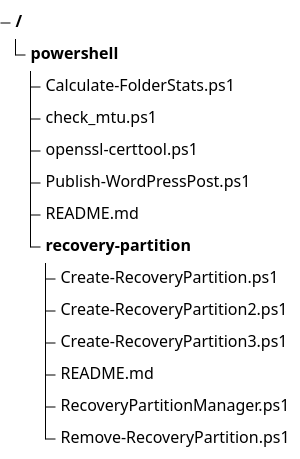
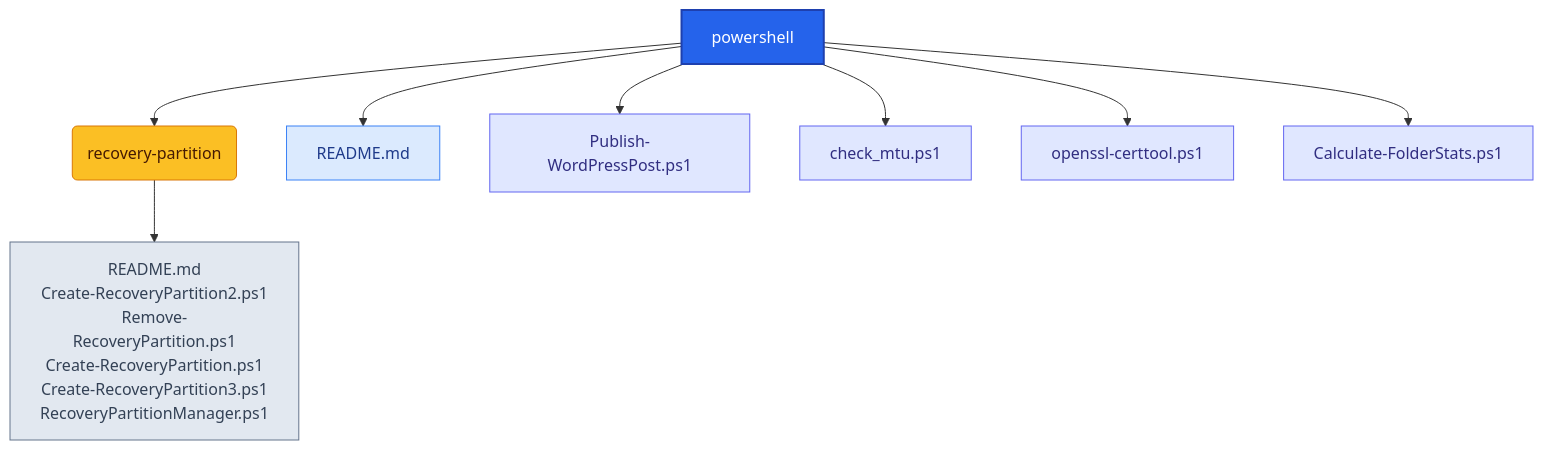
Before and after one commit to Richie086/scripts-public: the diagram in powershell/README.md, drawn with Mermaid. The commit also changed other lines of this file and 27 other files, not shown here.

First line of the commit message:
Integrate dirtree-chart with sanitized styling and auto catalog updates.

````diff
--- a/powershell/README.md
+++ b/powershell/README.md
@@ -9,16 +9,15 @@
 ```mermaid
-treeView-beta
-powershell/
-  Calculate-FolderStats.ps1
-  check_mtu.ps1
-  openssl-certtool.ps1
-  Publish-WordPressPost.ps1
-  README.md
-  recovery-partition/
-    Create-RecoveryPartition.ps1
-    Create-RecoveryPartition2.ps1
-    Create-RecoveryPartition3.ps1
-    README.md
-    RecoveryPartitionManager.ps1
-    Remove-RecoveryPartition.ps1
+graph TD
+	root["powershell"]:::root --> n1("recovery-partition"):::folder
+	root["powershell"]:::root --> n2["README.md"]:::file-md
+	root["powershell"]:::root --> n3["Publish-WordPressPost.ps1"]:::file-ps1
+	root["powershell"]:::root --> n4["check_mtu.ps1"]:::file-ps1
+	root["powershell"]:::root --> n5["openssl-certtool.ps1"]:::file-ps1
+	root["powershell"]:::root --> n6["Calculate-FolderStats.ps1"]:::file-ps1
+	n1 --> n1_6["README.md<br>Create-RecoveryPartition2.ps1<br>Remove-RecoveryPartition.ps1<br>Create-RecoveryPartition.ps1<br>Create-RecoveryPartition3.ps1<br>RecoveryPartitionManager.ps1"]:::file-bundle
+classDef root fill:#2563eb,stroke:#1e40af,stroke-width:2px,color:#ffffff;
+classDef folder fill:#fbbf24,stroke:#d97706,stroke-width:1px,color:#451a03;
+classDef file-bundle fill:#e2e8f0,stroke:#64748b,stroke-width:1px,color:#334155;
+classDef file-md fill:#dbeafe,stroke:#3b82f6,stroke-width:1px,color:#1e3a8a;
+classDef file-ps1 fill:#e0e7ff,stroke:#6366f1,stroke-width:1px,color:#312e81;
 ```
````
